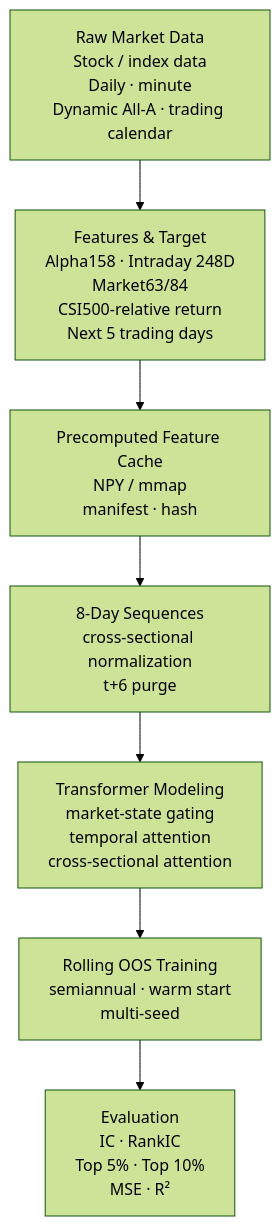
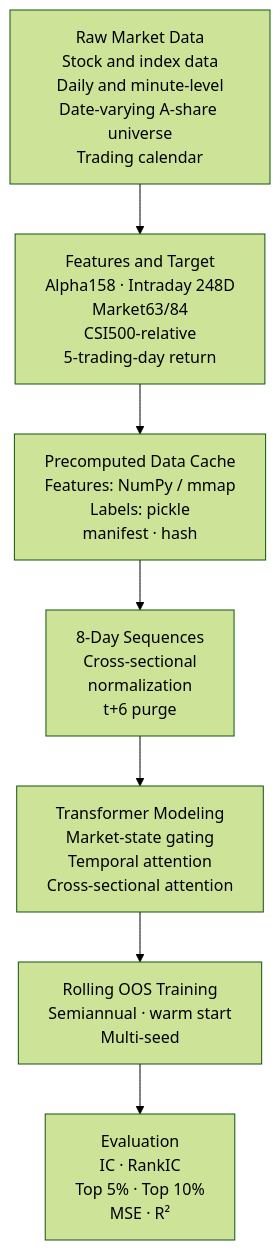
The diagram in README.md (whrit/end-to-end-stock-transformer), drawn with Mermaid (forest theme) before and after one commit. The commit also changed other lines of this file and 1 other file, not shown here.

Commit message:
Fix README cache description

````diff
--- a/README.md
+++ b/README.md
@@ -22,18 +22,18 @@
 ```mermaid
 flowchart TD
-    A["Raw Market Data<br/>Stock / index data<br/>Daily · minute<br/>Dynamic All-A · trading calendar"]
+    A["Raw Market Data<br/>Stock and index data<br/>Daily and minute-level<br/>Date-varying A-share universe<br/>Trading calendar"]
 
-    B["Features & Target<br/>Alpha158 · Intraday 248D<br/>Market63/84<br/>CSI500-relative return<br/>Next 5 trading days"]
+    B["Features and Target<br/>Alpha158 · Intraday 248D<br/>Market63/84<br/>CSI500-relative<br/>5-trading-day return"]
 
-    C["Precomputed Feature Cache<br/>NPY / mmap<br/>manifest · hash"]
+    C["Precomputed Data Cache<br/>Features: NumPy / mmap<br/>Labels: pickle<br/>manifest · hash"]
 
-    D["8-Day Sequences<br/>cross-sectional normalization<br/>t+6 purge"]
+    D["8-Day Sequences<br/>Cross-sectional<br/>normalization<br/>t+6 purge"]
 
-    E["Transformer Modeling<br/>market-state gating<br/>temporal attention<br/>cross-sectional attention"]
+    E["Transformer Modeling<br/>Market-state gating<br/>Temporal attention<br/>Cross-sectional attention"]
 
-    F["Rolling OOS Training<br/>semiannual · warm start<br/>multi-seed"]
+    F["Rolling OOS Training<br/>Semiannual · warm start<br/>Multi-seed"]
 
     G["Evaluation<br/>IC · RankIC<br/>Top 5% · Top 10%<br/>MSE · R²"]
 
     A --> B --> C --> D --> E --> F --> G
 ```
````
